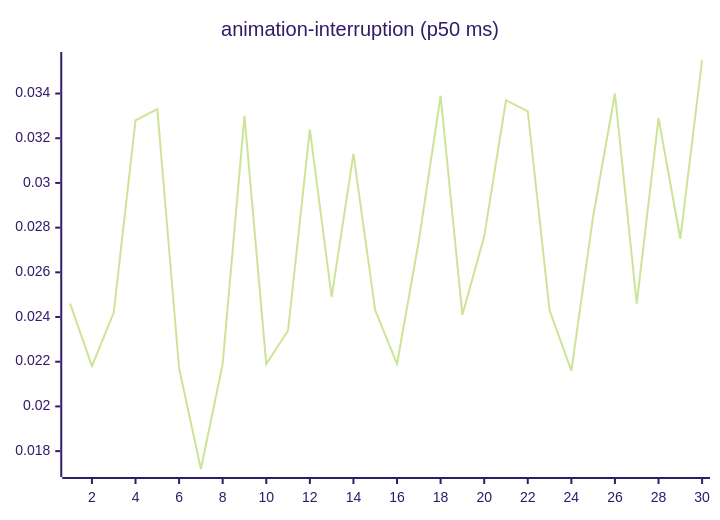
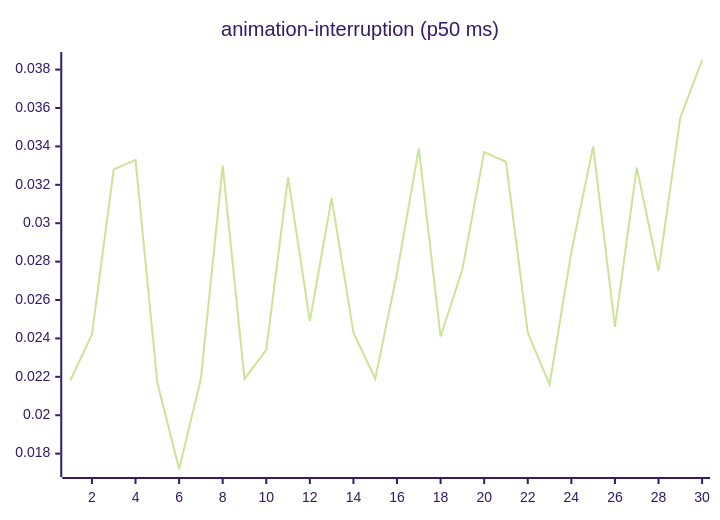
Before and after one commit to josha/Facet: the third of 27 diagrams in README.md, drawn with Mermaid (forest theme). The commit also changed other lines of this file and 2 other files, not shown here.

````diff
--- a/README.md
+++ b/README.md
@@ -77,6 +77,6 @@
 ```mermaid
 xychart-beta
     title "animation-interruption (p50 ms)"
     x-axis 1 --> 30
-    line [0.0246, 0.0218, 0.0242, 0.0328, 0.0333, 0.0217, 0.0172, 0.0219, 0.0330, 0.0219, 0.0234, 0.0324, 0.0249, 0.0313, 0.0243, 0.0219, 0.0274, 0.0339, 0.0241, 0.0276, 0.0337, 0.0332, 0.0243, 0.0216, 0.0285, 0.0340, 0.0246, 0.0329, 0.0275, 0.0355]
+    line [0.0218, 0.0242, 0.0328, 0.0333, 0.0217, 0.0172, 0.0219, 0.0330, 0.0219, 0.0234, 0.0324, 0.0249, 0.0313, 0.0243, 0.0219, 0.0274, 0.0339, 0.0241, 0.0276, 0.0337, 0.0332, 0.0243, 0.0216, 0.0285, 0.0340, 0.0246, 0.0329, 0.0275, 0.0355, 0.0385]
 ```
````
